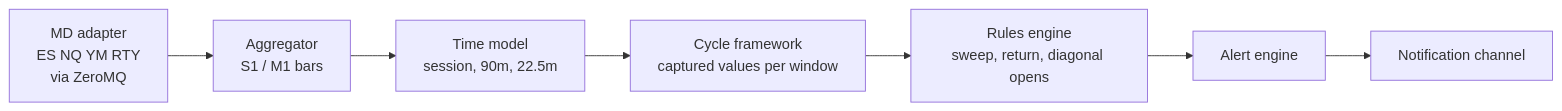
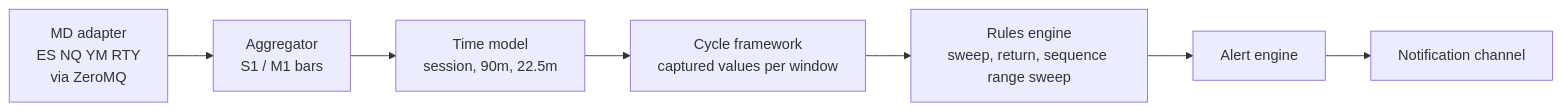
Before and after one commit to parvanescu/ict-backtest-engine: the first of 2 diagrams in documents/implementation_strategy/00_overview.md, drawn with Mermaid. The commit also changed other lines of this file and 8 other files, not shown here.

````diff
--- a/documents/implementation_strategy/00_overview.md
+++ b/documents/implementation_strategy/00_overview.md
@@ -40,9 +40,9 @@
 ```mermaid
 flowchart LR
     A[MD adapter<br/>ES NQ YM RTY<br/>via ZeroMQ] --> B[Aggregator<br/>S1 / M1 bars]
     B --> C[Time model<br/>session, 90m, 22.5m]
     C --> D[Cycle framework<br/>captured values per window]
-    D --> E[Rules engine<br/>sweep, return, diagonal opens]
+    D --> E[Rules engine<br/>sweep, return, sequence range sweep]
     E --> F[Alert engine]
     F --> G[Notification channel]
 ```
````
